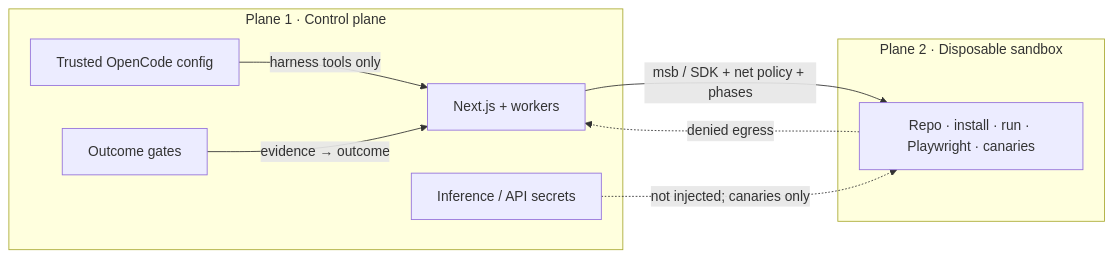
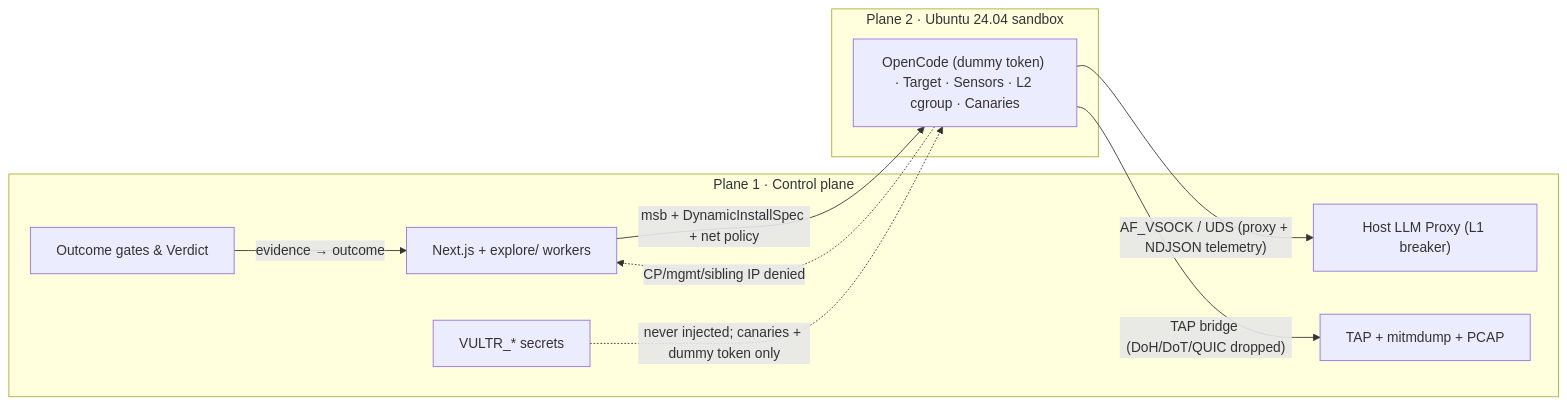
Before and after one commit to ludvigodin/killhub: the fifth of 6 diagrams in ARCHITECTURE.md, drawn with Mermaid. The commit also changed other lines of this file and 35 other files, not shown here.

````diff
--- a/ARCHITECTURE.md
+++ b/ARCHITECTURE.md
@@ -420,17 +534,19 @@
 ```mermaid
 flowchart LR
   subgraph p1 ["Plane 1 · Control plane"]
-    Next["Next.js + workers"]
-    Keys["Inference / API secrets"]
-    OC["Trusted OpenCode config"]
-    Gates["Outcome gates"]
+    Next["Next.js + explore/ workers"]
+    Keys["VULTR_* secrets"]
+    LLMProxy["Host LLM Proxy (L1 breaker)"]
+    Tap["TAP + mitmdump + PCAP"]
+    Gates["Outcome gates & Verdict"]
   end
-  subgraph p2 ["Plane 2 · Disposable sandbox"]
-    Box["Repo · install · run · Playwright · canaries"]
+  subgraph p2 ["Plane 2 · Ubuntu 24.04 sandbox"]
+    Box["OpenCode (dummy token) · Target · Sensors · L2 cgroup · Canaries"]
   end
-  Next -->|"msb / SDK + net policy + phases"| Box
-  Keys -.->|"not injected; canaries only"| Box
-  Box -.->|"denied egress"| Next
-  OC -->|"harness tools only"| Next
+  Next -->|"msb + DynamicInstallSpec + net policy"| Box
+  Keys -.->|"never injected; canaries + dummy token only"| Box
+  Box -->|"AF_VSOCK / UDS (proxy + NDJSON telemetry)"| LLMProxy
+  Box -->|"TAP bridge (DoH/DoT/QUIC dropped)"| Tap
+  Box -.->|"CP/mgmt/sibling IP denied"| Next
   Gates -->|"evidence → outcome"| Next
 ```
````
